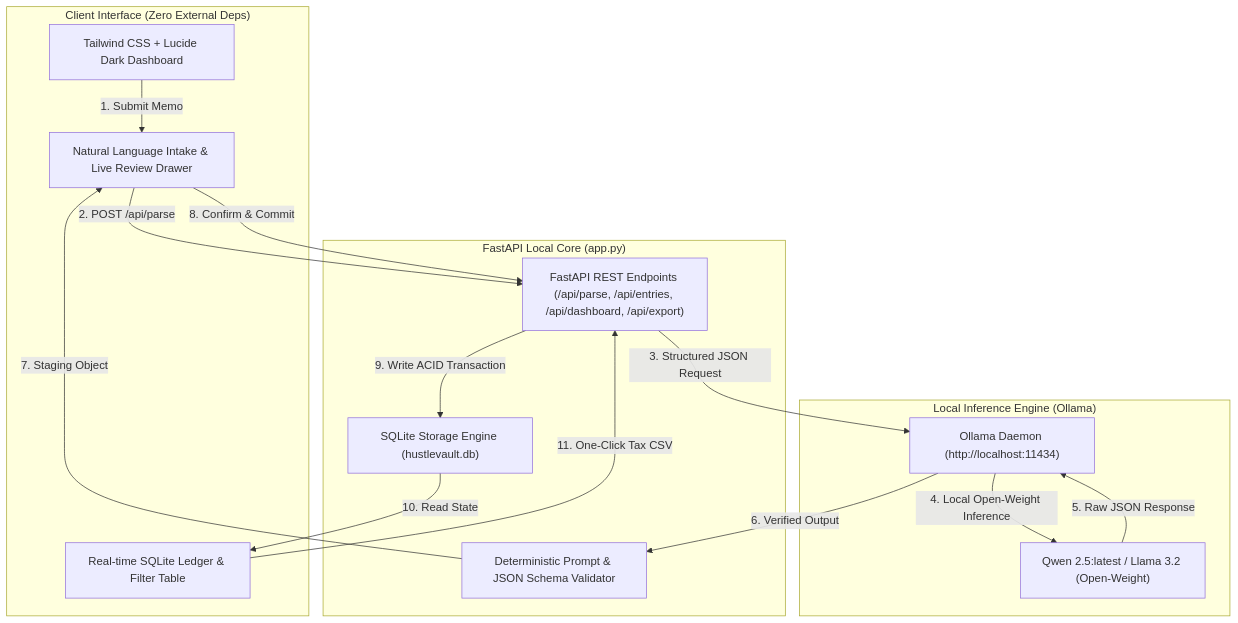
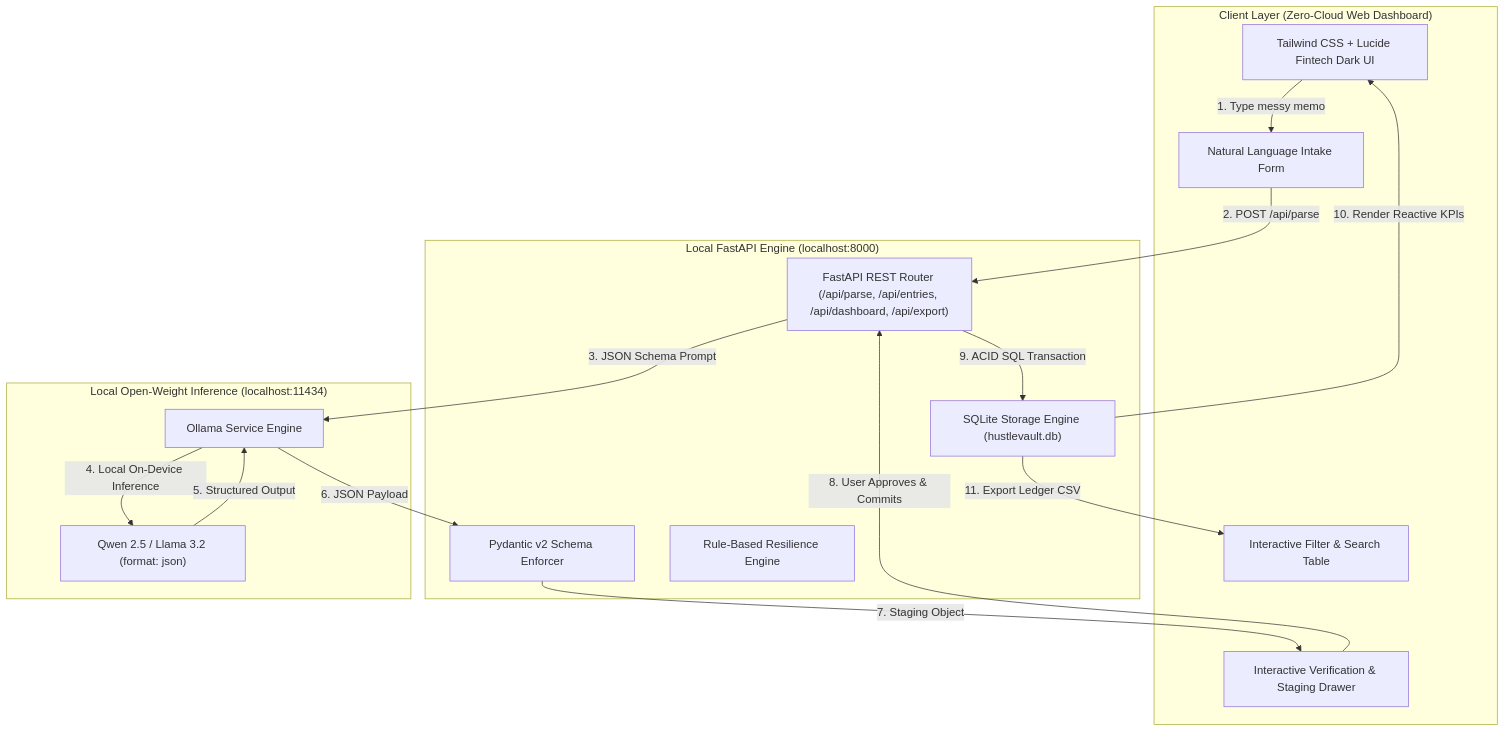
One commit to fokrulanthro16-eng/hustlevault-ai changed the diagram in DEVTO_SUBMISSION.md. Above: the diagram before and after it, drawn with Mermaid. The commit also changed other lines of this file, not shown here.

Commit message:
docs: finalize DEV.to challenge submission post and smoke test suite

````diff
--- a/DEVTO_SUBMISSION.md
+++ b/DEVTO_SUBMISSION.md
@@ -65,31 +105,33 @@
 ```mermaid
 flowchart TD
-    subgraph Browser ["Client Interface (Zero External Deps)"]
-        UI["Tailwind CSS + Lucide Dark Dashboard"]
-        Intake["Natural Language Intake & Live Review Drawer"]
-        LedgerUI["Real-time SQLite Ledger & Filter Table"]
+    subgraph Client ["Client Layer (Zero-Cloud Web Dashboard)"]
+        UI["Tailwind CSS + Lucide Fintech Dark UI"]
+        Intake["Natural Language Intake Form"]
+        Drawer["Interactive Verification & Staging Drawer"]
+        Ledger["Interactive Filter & Search Table"]
     end
 
-    subgraph Backend ["FastAPI Local Core (app.py)"]
-        Router["FastAPI REST Endpoints (/api/parse, /api/entries, /api/dashboard, /api/export)"]
-        PromptEngine["Deterministic Prompt & JSON Schema Validator"]
+    subgraph Server ["Local FastAPI Engine (localhost:8000)"]
+        API["FastAPI REST Router (/api/parse, /api/entries, /api/dashboard, /api/export)"]
+        Validator["Pydantic v2 Schema Enforcer"]
         DBHandler["SQLite Storage Engine (hustlevault.db)"]
+        Fallback["Rule-Based Resilience Engine"]
     end
 
-    subgraph LocalLLM ["Local Inference Engine (Ollama)"]
-        OllamaServer["Ollama Daemon (http://localhost:11434)"]
-        Model["Qwen 2.5:latest / Llama 3.2 (Open-Weight)"]
+    subgraph LLM ["Local Open-Weight Inference (localhost:11434)"]
+        OllamaDaemon["Ollama Service Engine"]
+        QwenModel["Qwen 2.5 / Llama 3.2 (format: json)"]
     end
 
-    UI -->|1. Submit Memo| Intake
-    Intake -->|2. POST /api/parse| Router
-    Router -->|3. Structured JSON Request| OllamaServer
-    OllamaServer -->|4. Local Open-Weight Inference| Model
-    Model -->|5. Raw JSON Response| OllamaServer
-    OllamaServer -->|6. Verified Output| PromptEngine
-    PromptEngine -->|7. Staging Object| Intake
-    Intake -->|8. Confirm & Commit| Router
-    Router -->|9. Write ACID Transaction| DBHandler
-    DBHandler -->|10. Read State| LedgerUI
-    LedgerUI -->|11. One-Click Tax CSV| Router
+    UI -->|1. Type messy memo| Intake
+    Intake -->|2. POST /api/parse| API
+    API -->|3. JSON Schema Prompt| OllamaDaemon
+    OllamaDaemon -->|4. Local On-Device Inference| QwenModel
+    QwenModel -->|5. Structured Output| OllamaDaemon
+    OllamaDaemon -->|6. JSON Payload| Validator
+    Validator -->|7. Staging Object| Drawer
+    Drawer -->|8. User Approves & Commits| API
+    API -->|9. ACID SQL Transaction| DBHandler
+    DBHandler -->|10. Render Reactive KPIs| UI
+    DBHandler -->|11. Export Ledger CSV| Ledger
 ```
````
